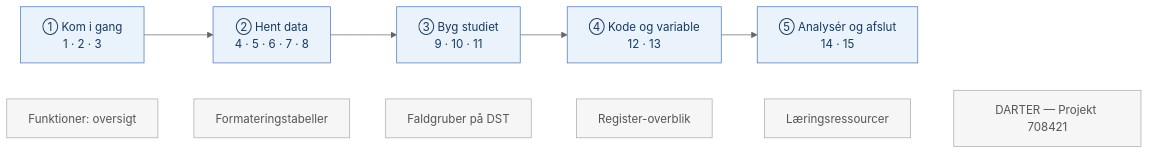
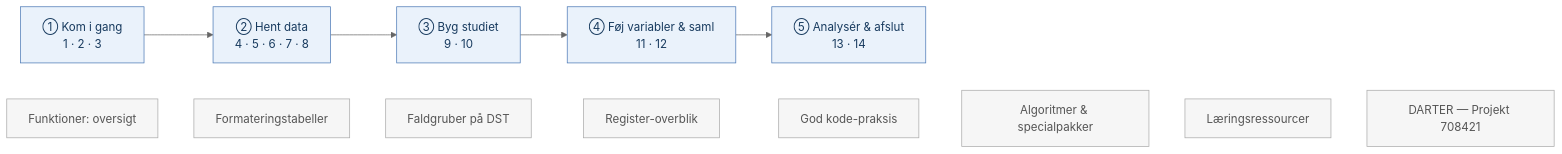
One commit to steno-aarhus/registers-guide changed the diagram in docs/da/00_index.qmd. Above: the diagram before and after it, drawn with Mermaid (neutral theme). The commit also changed other lines of this file and 44 other files, not shown here.

First line of the commit message:
Reorg-skelet: ny Fase 11 (Føj variabler), renummerér 11-14, flyt god kode + pakker til opslag

````diff
--- a/docs/da/00_index.qmd
+++ b/docs/da/00_index.qmd
@@ -56,9 +56,9 @@
 ```{mermaid}
 flowchart LR
-    S1["①  Kom i gang<br>1 · 2 · 3"] --> S2["②  Hent data<br>4 · 5 · 6 · 7 · 8"] --> S3["③  Byg studiet<br>9 · 10 · 11"] --> S4["④  Kode og variable<br>12 · 13"] --> S5["⑤  Analysér og afslut<br>14 · 15"]
-    O1["Funktioner: oversigt"] ~~~ O2["Formateringstabeller"] ~~~ O3["Faldgruber på DST"] ~~~ O4["Register-overblik"] ~~~ O5["Læringsressourcer"] ~~~ O6["DARTER — Projekt 708421"]
+    S1["①  Kom i gang<br>1 · 2 · 3"] --> S2["②  Hent data<br>4 · 5 · 6 · 7 · 8"] --> S3["③  Byg studiet<br>9 · 10"] --> S4["④  Føj variabler & saml<br>11 · 12"] --> S5["⑤  Analysér & afslut<br>13 · 14"]
+    O1["Funktioner: oversigt"] ~~~ O2["Formateringstabeller"] ~~~ O3["Faldgruber på DST"] ~~~ O4["Register-overblik"] ~~~ O5["God kode-praksis"] ~~~ O6["Algoritmer & specialpakker"] ~~~ O7["Læringsressourcer"] ~~~ O8["DARTER — Projekt 708421"]
     classDef stage fill:#eaf2fb,stroke:#4a78b5,stroke-width:1px,color:#173a5e;
     classDef ref fill:#f6f6f6,stroke:#aaaaaa,color:#555555;
     class S1,S2,S3,S4,S5 stage
-    class O1,O2,O3,O4,O5,O6 ref
+    class O1,O2,O3,O4,O5,O6,O7,O8 ref
 ```
````
